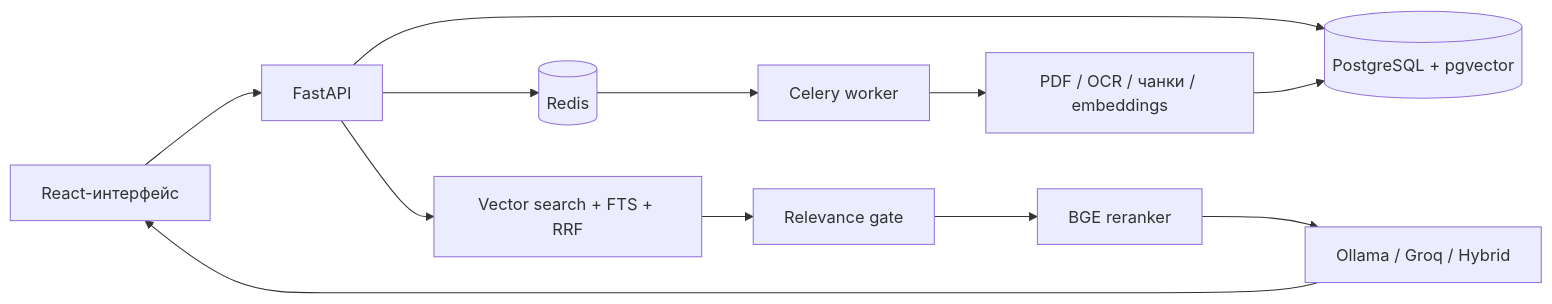
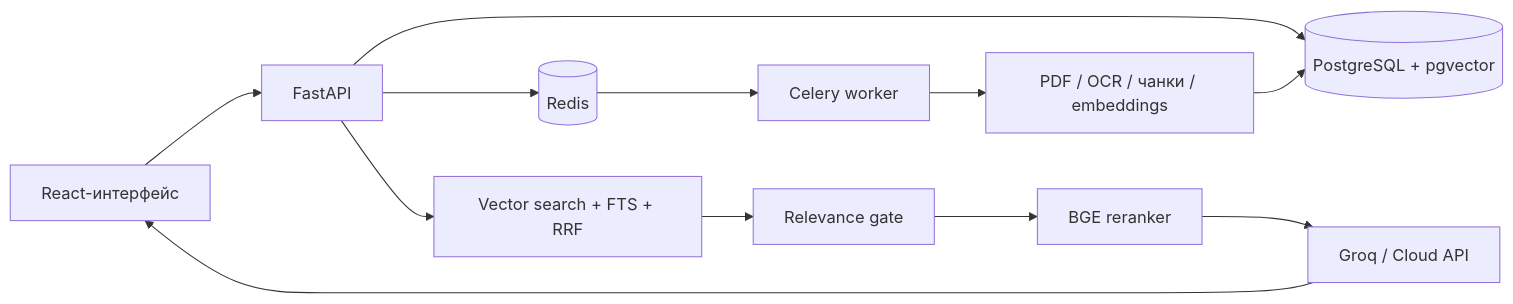
Before and after one commit to VeronikaLiskina/digital-scientiest: the diagram in README.md, drawn with Mermaid. The commit also changed other lines of this file and 159 other files, not shown here.

````diff
--- a/README.md
+++ b/README.md
@@ -23,15 +23,15 @@
 ```mermaid
 flowchart LR
     UI[React-интерфейс] --> API[FastAPI]
     API --> DB[(PostgreSQL + pgvector)]
     API --> REDIS[(Redis)]
     REDIS --> WORKER[Celery worker]
     WORKER --> PDF[PDF / OCR / чанки / embeddings]
     PDF --> DB
 
     API --> SEARCH[Vector search + FTS + RRF]
     SEARCH --> GATE[Relevance gate]
     GATE --> RERANK[BGE reranker]
-    RERANK --> LLM[Ollama / Groq / Hybrid]
+    RERANK --> LLM[Groq / Cloud API]
     LLM --> UI
 ```
````
